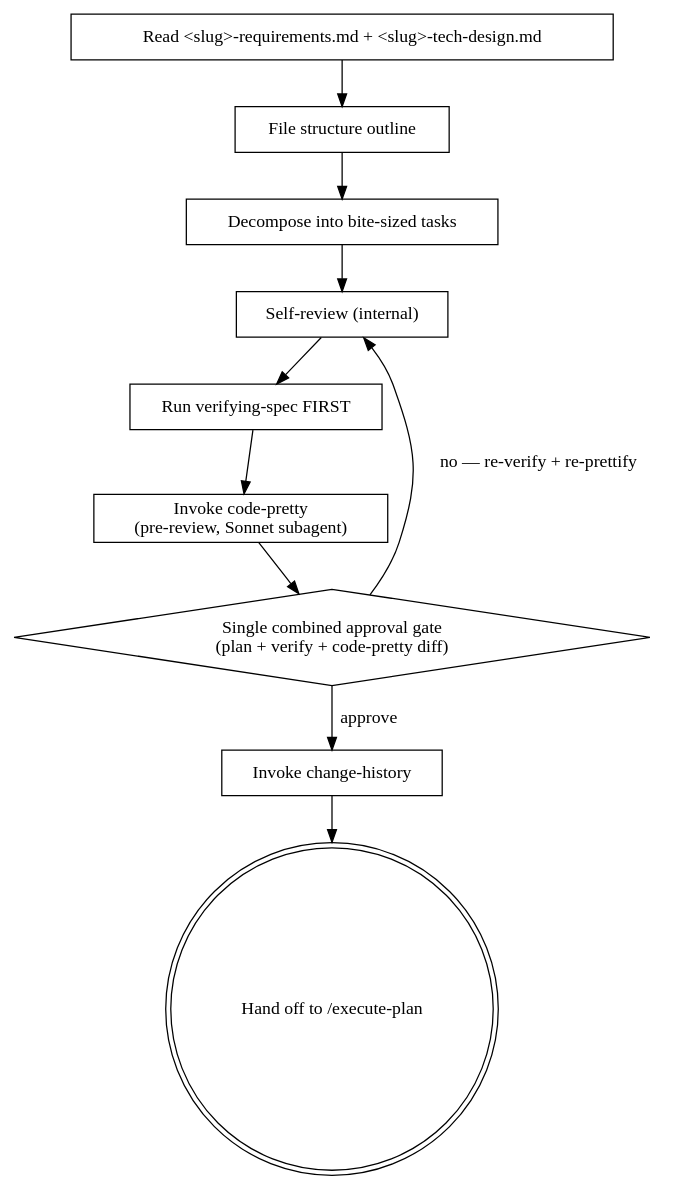
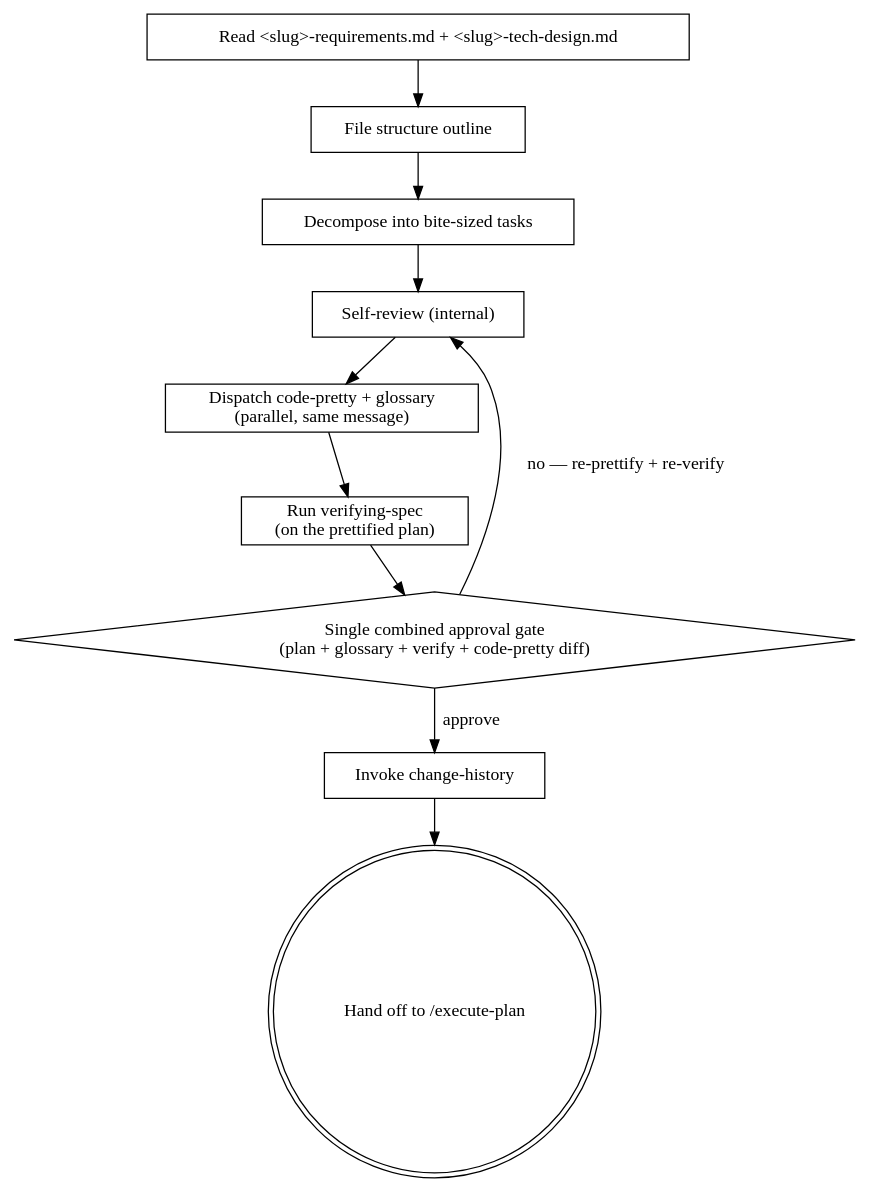
The diagram in skills/writing-plans/SKILL.md (LonerStayle/js-super), drawn with Graphviz before and after one commit. The commit also changed other lines of this file and 10 other files, not shown here.

````diff
--- a/skills/writing-plans/SKILL.md
+++ b/skills/writing-plans/SKILL.md
@@ -283,23 +284,23 @@
 ```dot
 digraph plan_flow {
     "Read <slug>-requirements.md + <slug>-tech-design.md" [shape=box];
     "File structure outline" [shape=box];
     "Decompose into bite-sized tasks" [shape=box];
     "Self-review (internal)" [shape=box];
-    "Run verifying-spec FIRST" [shape=box];
-    "Single combined approval gate\n(plan + verify + code-pretty diff)" [shape=diamond];
-    "Invoke code-pretty\n(pre-review, Sonnet subagent)" [shape=box];
+    "Dispatch code-pretty + glossary\n(parallel, same message)" [shape=box];
+    "Run verifying-spec\n(on the prettified plan)" [shape=box];
+    "Single combined approval gate\n(plan + glossary + verify + code-pretty diff)" [shape=diamond];
     "Invoke change-history" [shape=box];
     "Hand off to /execute-plan" [shape=doublecircle];
 
     "Read <slug>-requirements.md + <slug>-tech-design.md" -> "File structure outline";
     "File structure outline" -> "Decompose into bite-sized tasks";
     "Decompose into bite-sized tasks" -> "Self-review (internal)";
-    "Self-review (internal)" -> "Run verifying-spec FIRST";
-    "Run verifying-spec FIRST" -> "Invoke code-pretty\n(pre-review, Sonnet subagent)";
-    "Invoke code-pretty\n(pre-review, Sonnet subagent)" -> "Single combined approval gate\n(plan + verify + code-pretty diff)";
-    "Single combined approval gate\n(plan + verify + code-pretty diff)" -> "Self-review (internal)" [label="no — re-verify + re-prettify"];
-    "Single combined approval gate\n(plan + verify + code-pretty diff)" -> "Invoke change-history" [label="approve"];
+    "Self-review (internal)" -> "Dispatch code-pretty + glossary\n(parallel, same message)";
+    "Dispatch code-pretty + glossary\n(parallel, same message)" -> "Run verifying-spec\n(on the prettified plan)";
+    "Run verifying-spec\n(on the prettified plan)" -> "Single combined approval gate\n(plan + glossary + verify + code-pretty diff)";
+    "Single combined approval gate\n(plan + glossary + verify + code-pretty diff)" -> "Self-review (internal)" [label="no — re-prettify + re-verify"];
+    "Single combined approval gate\n(plan + glossary + verify + code-pretty diff)" -> "Invoke change-history" [label="approve"];
     "Invoke change-history" -> "Hand off to /execute-plan";
 }
 ```
````
